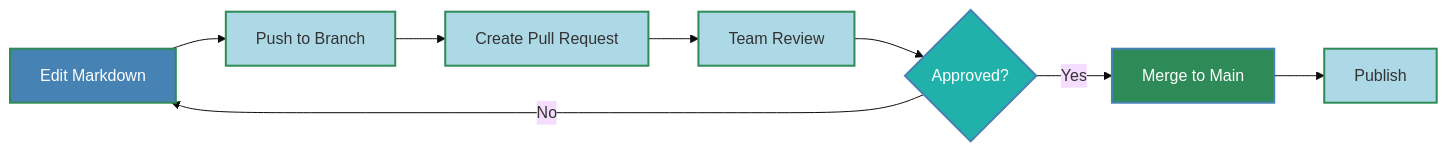
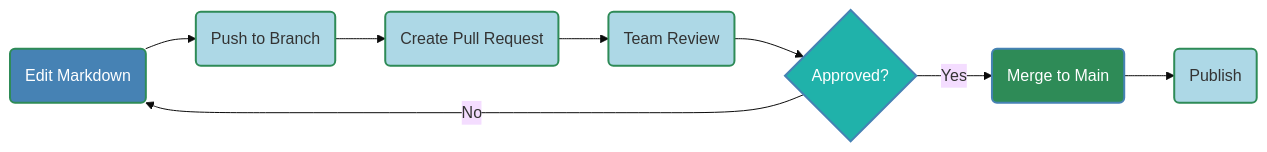
The third of 4 diagrams in README.md (buckeye43210/markdown-to-snowkb), drawn with Mermaid (base theme) before and after one commit. The commit also changed other lines of this file, not shown here.

Commit message:
revising diagrams

````diff
--- a/README.md
+++ b/README.md
@@ -120,17 +120,19 @@
 ```mermaid
 graph LR
-    A[Edit Markdown] --> B[Push to Branch]
-    B --> C[Create Pull Request]
-    C --> D[Team Review]
+    A(Edit Markdown)
+    A --> B(Push to Branch)
+    B --> C(Create Pull Request)
+    C --> D(Team Review)
     D --> E{Approved?}
-    E -->|Yes| F[Merge to Main]
+    E -->|Yes| F(Merge to Main)
     E -->|No| A
-    F --> G[Publish]
+    F --> G(Publish)
+    
     style A fill:#4682B4,stroke:#2E8B57,stroke-width:2px,color:#FFFFFF
     style B fill:#ADD8E6,stroke:#2E8B57,stroke-width:2px
     style C fill:#ADD8E6,stroke:#2E8B57,stroke-width:2px
     style D fill:#ADD8E6,stroke:#2E8B57,stroke-width:2px
     style E fill:#20B2AA,stroke:#4682B4,stroke-width:2px,color:#FFFFFF
     style F fill:#2E8B57,stroke:#4682B4,stroke-width:2px,color:#FFFFFF
     style G fill:#ADD8E6,stroke:#2E8B57,stroke-width:2px
 ```
````
